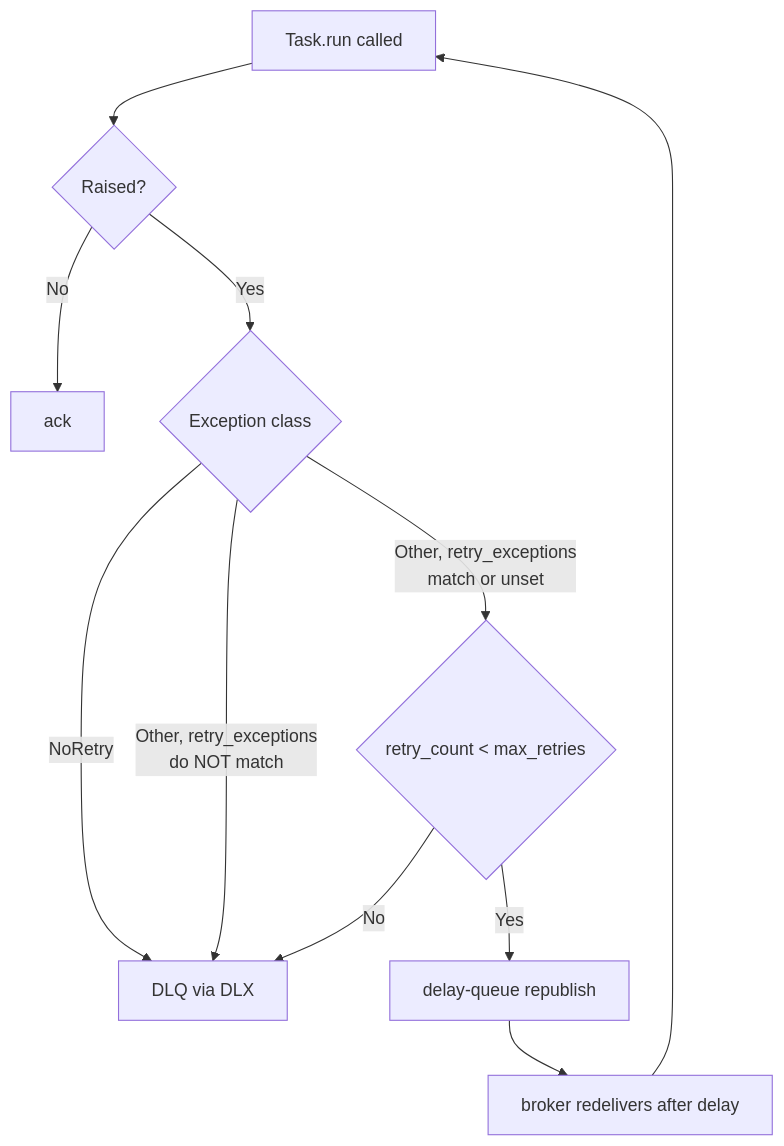
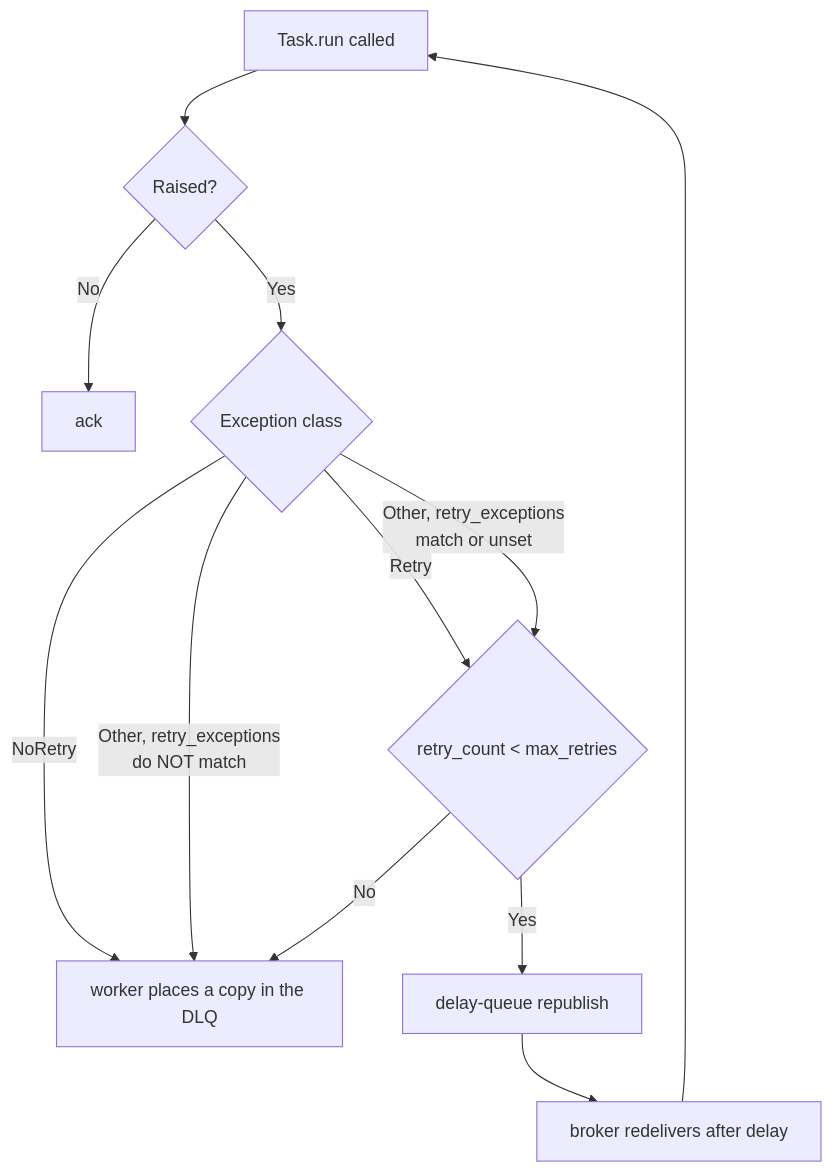
One commit to Schorschofwill/swarmq changed the sixth of 9 diagrams in website/reference/agent/decision-trees.md. Above: the diagram before and after it, drawn with Mermaid. The commit also changed other lines of this file and 12 other files, not shown here.

First line of the commit message:
fix(worker): Retry wiederholt trotz retry_exceptions (P8)

````diff
--- a/website/reference/agent/decision-trees.md
+++ b/website/reference/agent/decision-trees.md
@@ -103,13 +105,14 @@
 ```mermaid
 flowchart TD
     Run[Task.run called] --> Raise{Raised?}
     Raise -->|No| Ack[ack]
     Raise -->|Yes| Cls{Exception class}
-    Cls -->|NoRetry| DLQ[DLQ via DLX]
-    Cls -->|Other, retry_exceptions<br/>match or unset| Budget{"retry_count < max_retries"}
+    Cls -->|Retry| Budget{"retry_count < max_retries"}
+    Cls -->|NoRetry| DLQ[worker places a copy in the DLQ]
+    Cls -->|Other, retry_exceptions<br/>match or unset| Budget
     Cls -->|Other, retry_exceptions<br/>do NOT match| DLQ
     Budget -->|Yes| Delay[delay-queue republish]
     Budget -->|No| DLQ
     Delay --> Redeliver[broker redelivers after delay]
     Redeliver --> Run
 ```
````
